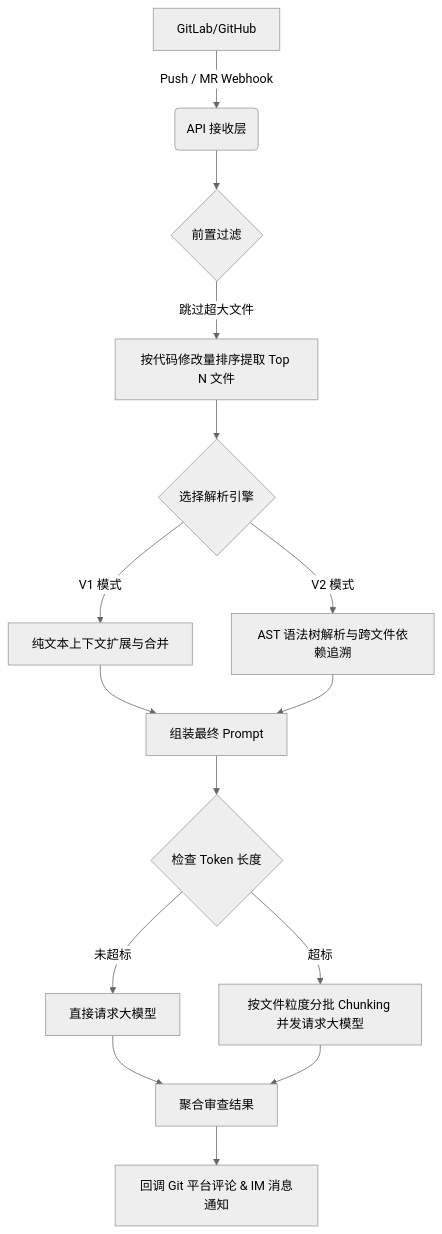
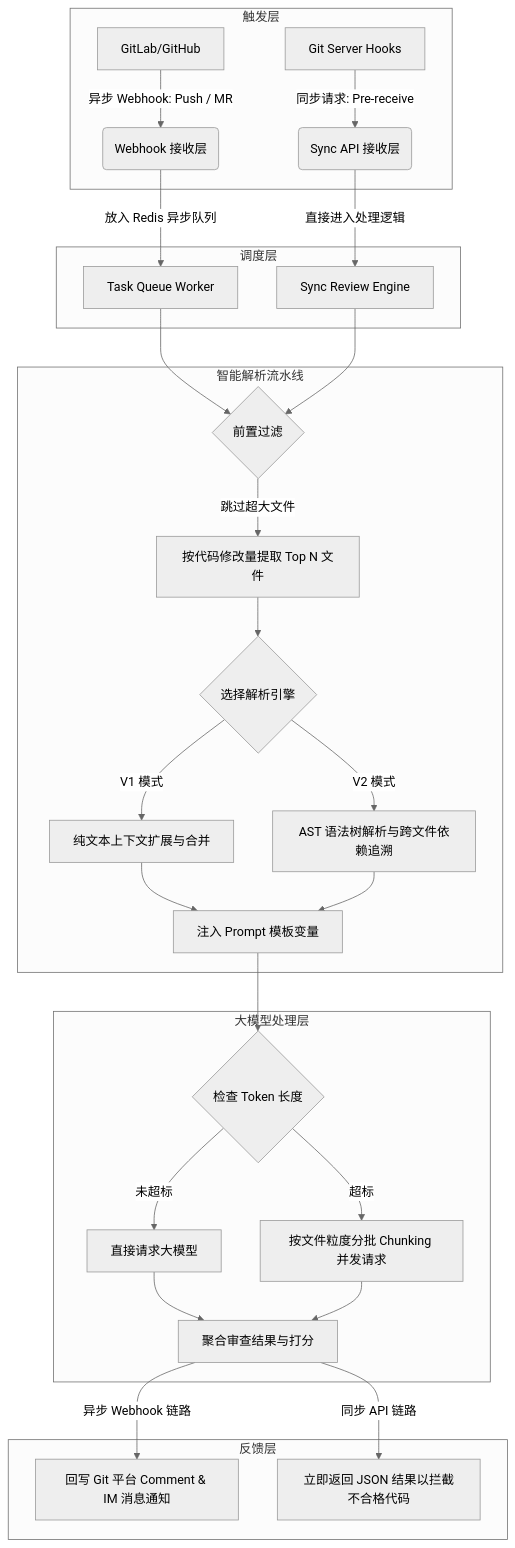
Before and after one commit to Li71226006/code_review: the diagram in README.md, drawn with Mermaid (neutral theme). The commit also changed other lines of this file, not shown here.

Commit message:
docs: update architecture flowchart and add prompt engineering guide

````diff
--- a/README.md
+++ b/README.md
@@ -25,17 +25,33 @@
 ```mermaid
 graph TD
-    A[GitLab/GitHub] -->|Push / MR Webhook| B(API 接收层)
-    B --> C{前置过滤}
-    C -->|跳过超大文件| D[按代码修改量排序提取 Top N 文件]
-    D --> E{选择解析引擎}
-    E -->|V1 模式| F[纯文本上下文扩展与合并]
-    E -->|V2 模式| G[AST 语法树解析与跨文件依赖追溯]
-    F --> H[组装最终 Prompt]
-    G --> H
-    H --> I{检查 Token 长度}
-    I -->|未超标| J[直接请求大模型]
-    I -->|超标| K[按文件粒度分批 Chunking 并发请求大模型]
-    J --> L[聚合审查结果]
-    K --> L
-    L --> M[回调 Git 平台评论 & IM 消息通知]
+    subgraph 触发层
+        A1[GitLab/GitHub] -->|异步 Webhook: Push / MR| B1(Webhook 接收层)
+        A2[Git Server Hooks] -->|同步请求: Pre-receive| B2(Sync API 接收层)
+    end
+
+    subgraph 调度层
+        B1 -->|放入 Redis 异步队列| C1[Task Queue Worker]
+        B2 -->|直接进入处理逻辑| C2[Sync Review Engine]
+    end
+
+    subgraph 智能解析流水线
+        C1 & C2 --> D{前置过滤}
+        D -->|跳过超大文件| E[按代码修改量提取 Top N 文件]
+        E --> F{选择解析引擎}
+        F -->|V1 模式| G[纯文本上下文扩展与合并]
+        F -->|V2 模式| H[AST 语法树解析与跨文件依赖追溯]
+        G & H --> I[注入 Prompt 模板变量]
+    end
+
+    subgraph 大模型处理层
+        I --> J{检查 Token 长度}
+        J -->|未超标| K[直接请求大模型]
+        J -->|超标| L[按文件粒度分批 Chunking 并发请求]
+        K & L --> M[聚合审查结果与打分]
+    end
+
+    subgraph 反馈层
+        M -->|异步 Webhook 链路| N[回写 Git 平台 Comment & IM 消息通知]
+        M -->|同步 API 链路| O[立即返回 JSON 结果以拦截不合格代码]
+    end
 ```
````
